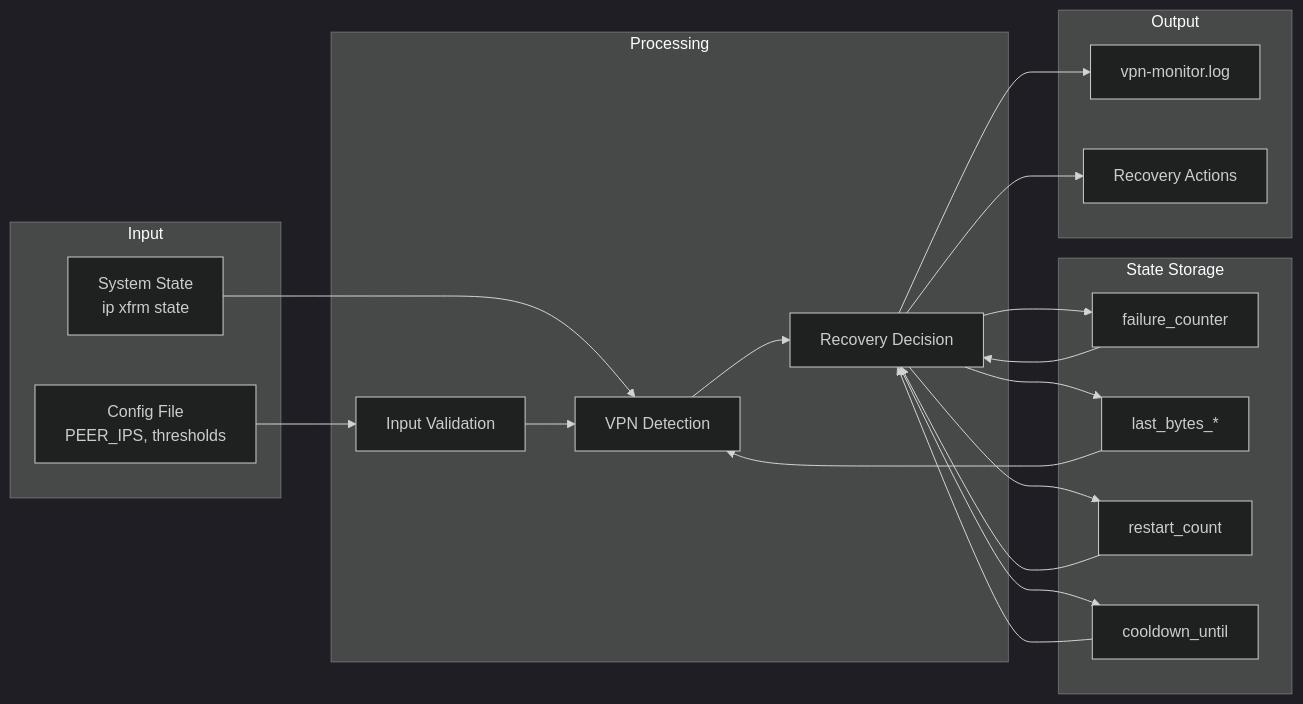
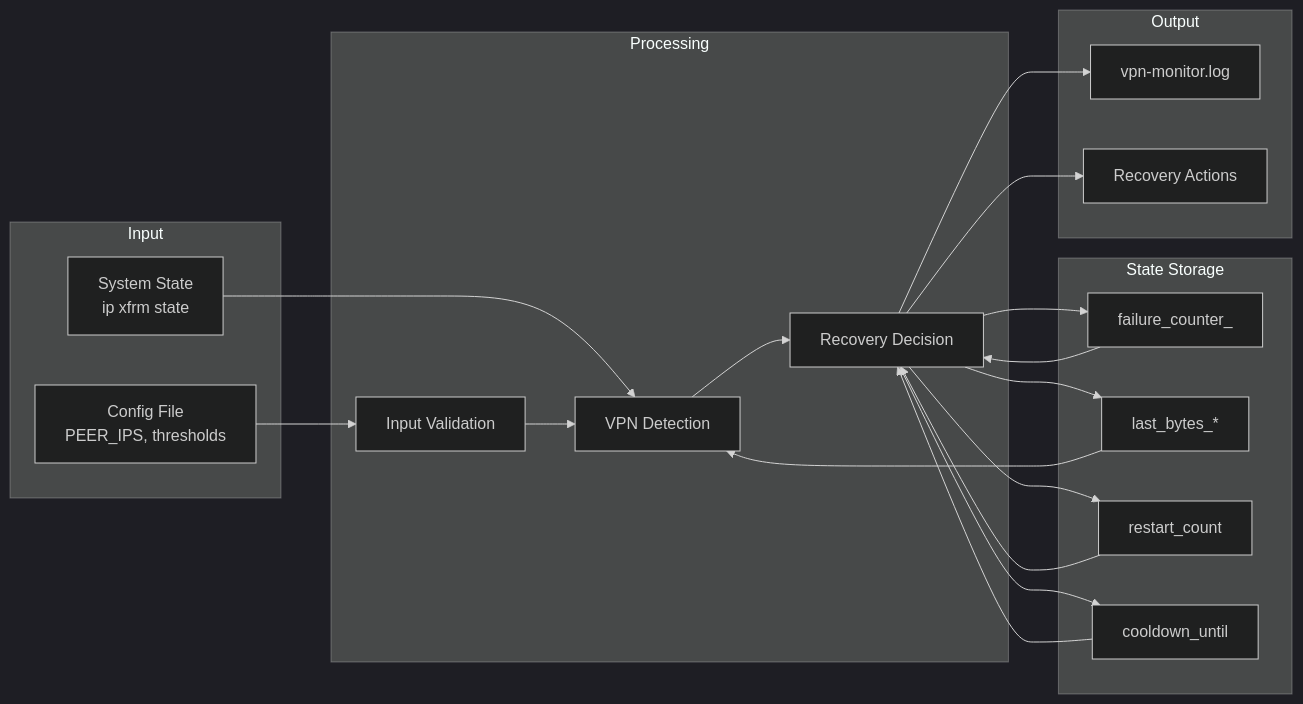
Before and after one commit to Eccentric-Quality-Solutions/udm-vpn-monitor: the fifth of 6 diagrams in ARCHITECTURE.md, drawn with Mermaid (dark theme). The commit also changed other lines of this file and 24 other files, not shown here.

````diff
--- a/ARCHITECTURE.md
+++ b/ARCHITECTURE.md
@@ -262,40 +262,40 @@
 ```mermaid
 graph LR
     subgraph "Input"
         ConfigFile[Config File<br/>PEER_IPS, thresholds]
         XfrmState[System State<br/>ip xfrm state]
     end
     
     subgraph "Processing"
         Validation[Input Validation]
         Detection[VPN Detection]
         Decision[Recovery Decision]
     end
     
     subgraph "State Storage"
-        FailureCounter[failure_counter]
+        FailureCounter[failure_counter_<peer_ip>]
         ByteFiles[last_bytes_*]
         RestartLog[restart_count]
         CooldownFile[cooldown_until]
     end
     
     subgraph "Output"
         LogFile[vpn-monitor.log]
         Actions[Recovery Actions]
     end
     
     ConfigFile --> Validation
     XfrmState --> Detection
     Validation --> Detection
     Detection --> Decision
     Decision --> FailureCounter
     Decision --> ByteFiles
     Decision --> RestartLog
     Decision --> CooldownFile
     Decision --> LogFile
     Decision --> Actions
     FailureCounter --> Decision
     ByteFiles --> Detection
     RestartLog --> Decision
     CooldownFile --> Decision
 ```
````
